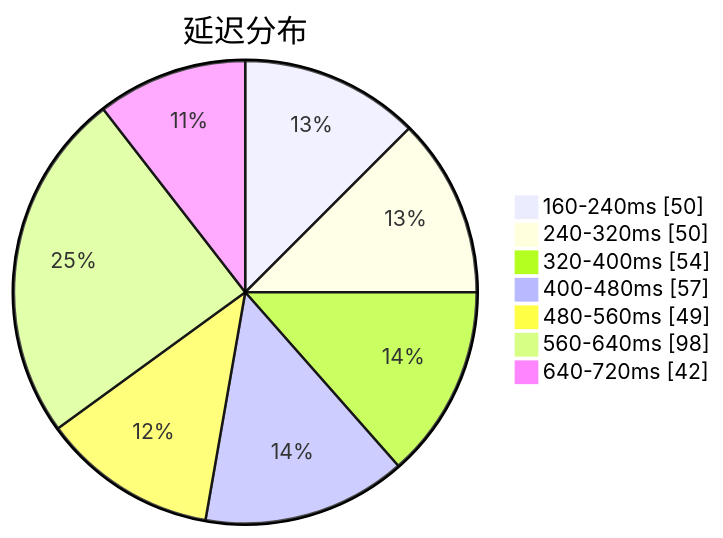
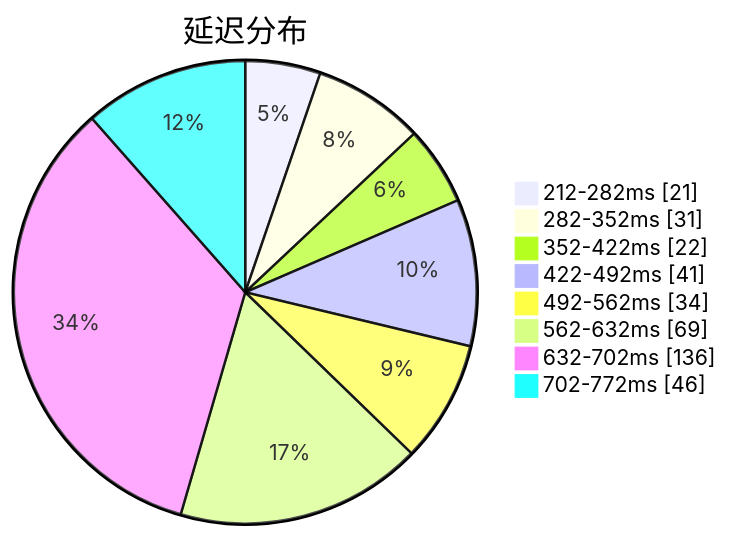
The first of 3 diagrams in subs/statistics/tested_within.md (qjlxg/airport), drawn with Mermaid before and after one commit. The commit also changed other lines of this file and 2 other files, not shown here.

````diff
--- a/subs/statistics/tested_within.md
+++ b/subs/statistics/tested_within.md
@@ -2,11 +2,12 @@
 ```mermaid
 pie showData
 title 延迟分布
-"160-240ms" : 50
-"240-320ms" : 50
-"320-400ms" : 54
-"400-480ms" : 57
-"480-560ms" : 49
-"560-640ms" : 98
-"640-720ms" : 42
+"212-282ms" : 21
+"282-352ms" : 31
+"352-422ms" : 22
+"422-492ms" : 41
+"492-562ms" : 34
+"562-632ms" : 69
+"632-702ms" : 136
+"702-772ms" : 46
 ```
````
